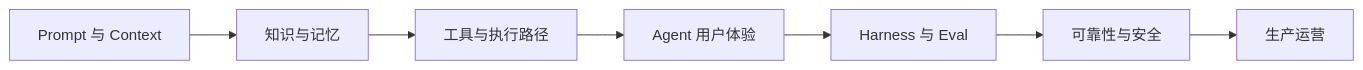
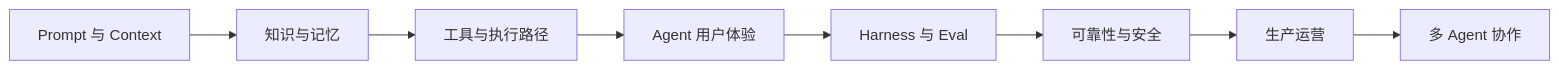
One commit to kakarrot-dev/pm-ai-agent-book changed the diagram in README.md. Above: the diagram before and after it, drawn with Mermaid. The commit also changed other lines of this file and 22 other files, not shown here.

````diff
--- a/README.md
+++ b/README.md
@@ -39,9 +39,10 @@
 ```mermaid
 flowchart LR
     A[Prompt 与 Context] --> B[知识与记忆]
     B --> C[工具与执行路径]
     C --> D[Agent 用户体验]
     D --> E[Harness 与 Eval]
     E --> F[可靠性与安全]
     F --> G[生产运营]
+    G --> H[多 Agent 协作]
 ```
````
